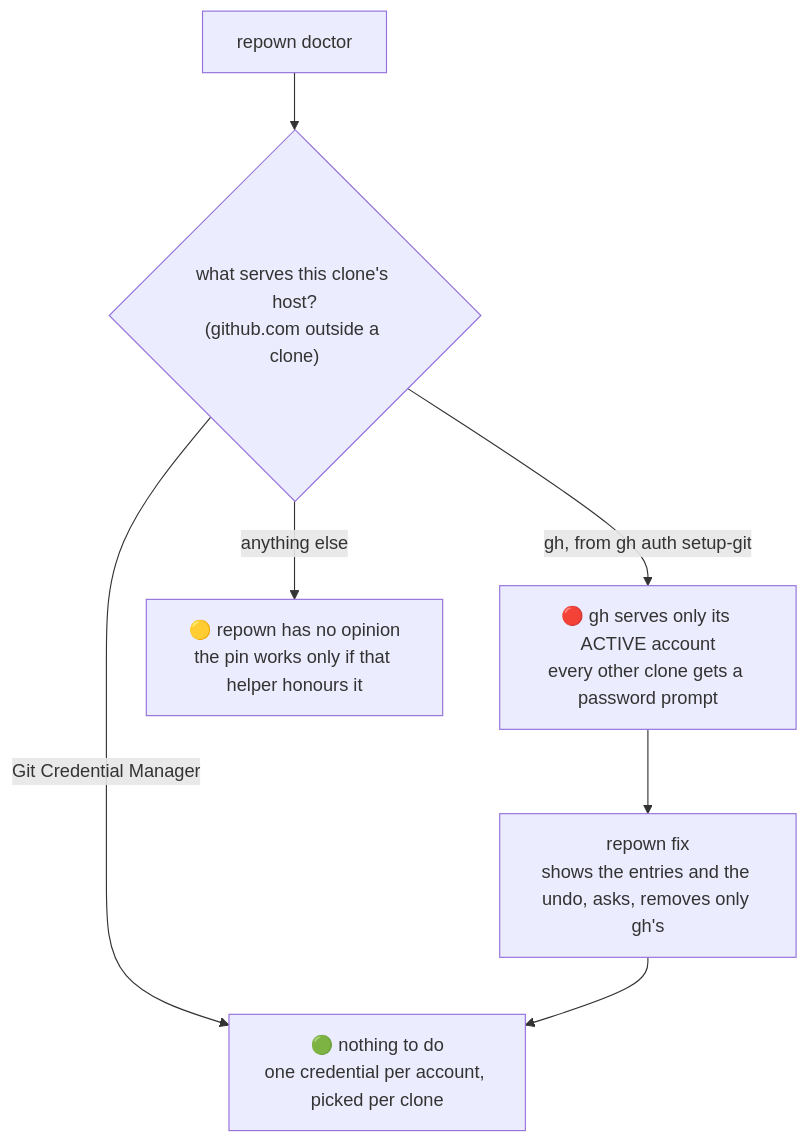
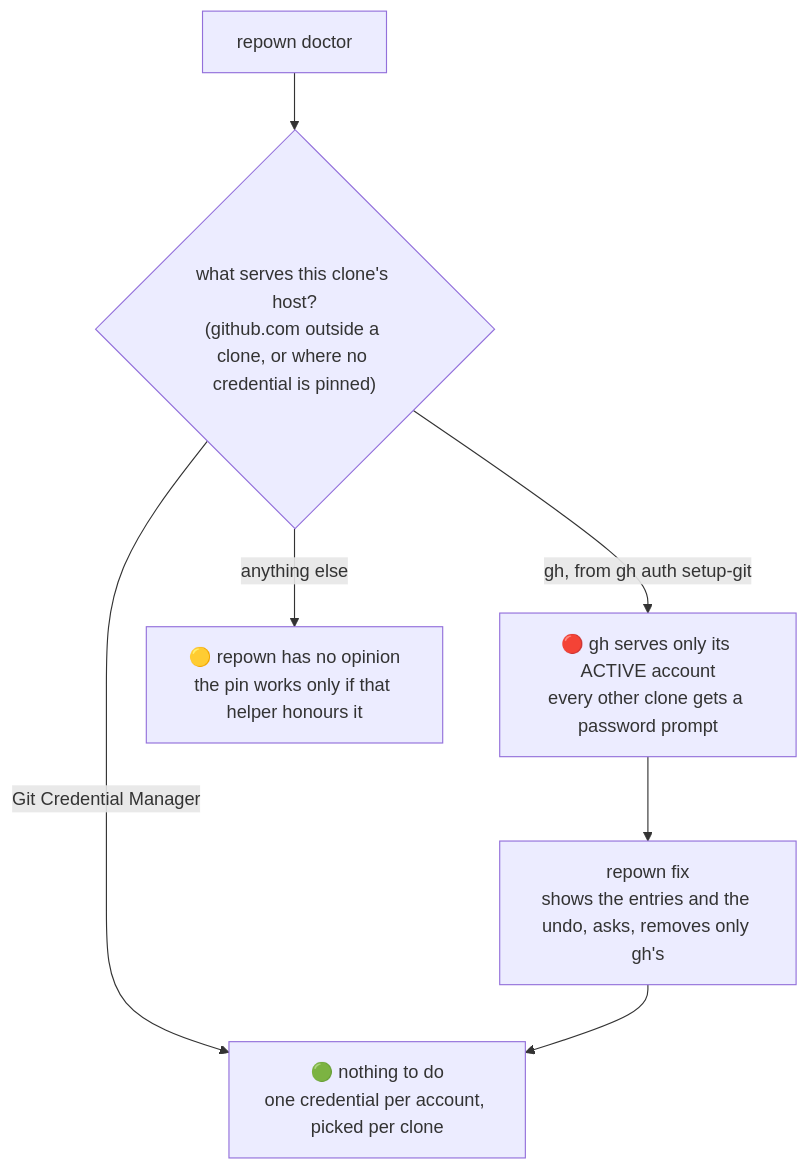
Before and after one commit to makubexD/repown: the second of 10 diagrams in docs/HOW-IT-WORKS.md, drawn with Mermaid. The commit also changed other lines of this file and 5 other files, not shown here.

First line of the commit message:
doctor in a clone with no credential pin reports on github.com

````diff
--- a/docs/HOW-IT-WORKS.md
+++ b/docs/HOW-IT-WORKS.md
@@ -123,9 +123,9 @@
 ```mermaid
 flowchart TD
-  D[repown doctor] --> Q{"what serves this clone's host?<br/>(github.com outside a clone)"}
+  D[repown doctor] --> Q{"what serves this clone's host?<br/>(github.com outside a clone, or where no credential is pinned)"}
   Q -->|Git Credential Manager| OK["🟢 nothing to do<br/>one credential per account, picked per clone"]
   Q -->|gh, from gh auth setup-git| BAD["🔴 gh serves only its ACTIVE account<br/>every other clone gets a password prompt"]
   Q -->|anything else| W["🟡 repown has no opinion<br/>the pin works only if that helper honours it"]
   BAD --> F["repown fix<br/>shows the entries and the undo, asks, removes only gh's"]
   F --> OK
 ```
````
